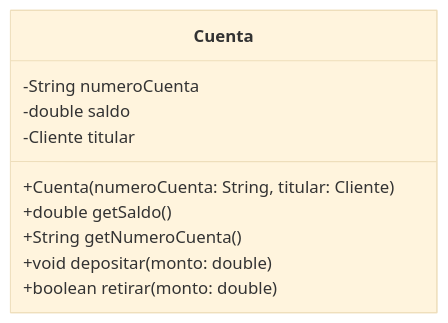
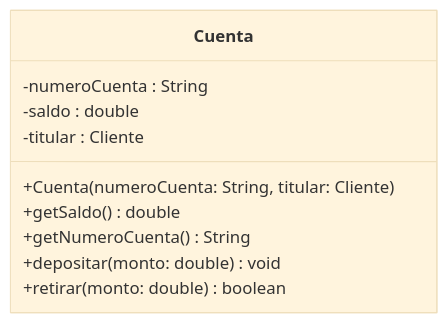
Before and after one commit to santiagoSuarez219/nodo-edu: the third of 3 diagrams in content/cursos/estructuras-de-datos/introduccion-al-uml.mdx, drawn with Mermaid (base theme). The commit also changed other lines of this file, not shown here.

First line of the commit message:
fix(estructuras-de-datos): unify UML notation in introduccion-al-uml

````diff
--- a/content/cursos/estructuras-de-datos/introduccion-al-uml.mdx
+++ b/content/cursos/estructuras-de-datos/introduccion-al-uml.mdx
@@ -173,13 +173,13 @@
 ```mermaid
 classDiagram
   class Cuenta {
-    -String numeroCuenta
-    -double saldo
-    -Cliente titular
+    -numeroCuenta : String
+    -saldo : double
+    -titular : Cliente
     +Cuenta(numeroCuenta: String, titular: Cliente)
-    +double getSaldo()
-    +String getNumeroCuenta()
-    +void depositar(monto: double)
-    +boolean retirar(monto: double)
+    +getSaldo() double
+    +getNumeroCuenta() String
+    +depositar(monto: double) void
+    +retirar(monto: double) boolean
   }
 ```
````
